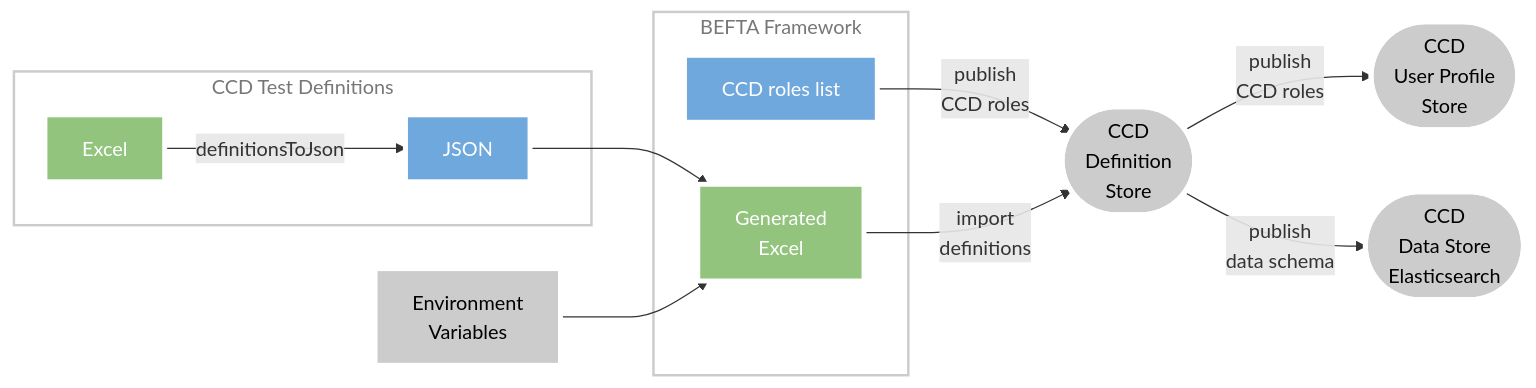
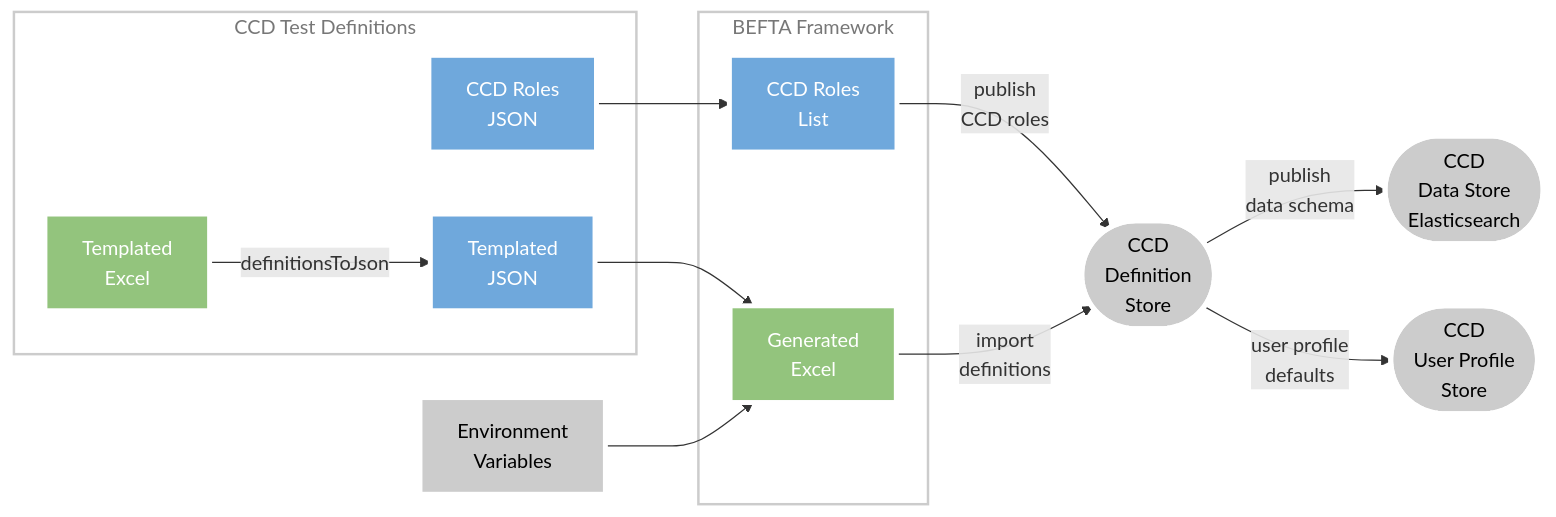
Before and after one commit to hmcts/ccd-test-definitions: the diagram in README.md, drawn with Mermaid. The commit also changed other lines of this file, not shown here.

Commit message:
Update README
Adjust diagram of BEFTA's definition file generate and import process:
* add `ccd-roles.json` and document usage.
* correct user profile service call description.

````diff
--- a/README.md
+++ b/README.md
@@ -27,30 +27,32 @@
 ```mermaid
 graph LR
   env-var[Environment<br>Variables];
   def-store([CCD<BR>Definition<BR>Store]);
+  elasticsearch([CCD<BR>Data Store<BR>Elasticsearch]);
   user-profile-store([CCD<BR>User Profile<BR>Store]);
-  elasticsearch([CCD<BR>Data Store<BR>Elasticsearch]);
+  ccd-roles-json-->ccd-roles-list;
   json-->excel-generated;
   env-var-->excel-generated;
   ccd-roles-list-->|publish<BR>CCD roles|def-store;
   excel-generated-->|import<BR>definitions|def-store;
-  def-store-->|publish<BR>CCD roles|user-profile-store;
   def-store-->|publish<BR>data schema|elasticsearch;
+  def-store-->|user profile<BR>defaults|user-profile-store;
   subgraph test-definitions[CCD Test Definitions]
-    excel[Excel];
-    json[JSON];
+    ccd-roles-json[CCD Roles<BR>JSON];
+    excel[Templated<BR>Excel];
+    json[Templated<BR>JSON];
     excel-->|definitionsToJson|json;
   end
   subgraph befta-fw[BEFTA Framework]
-    ccd-roles-list[CCD roles list];
-    excel-generated[Generated<br>Excel];
+    ccd-roles-list[CCD Roles<BR>List];
+    excel-generated[Generated<BR>Excel];
   end
   classDef plain fill:#ccc,stroke:#fff,stroke-width:4px,color:#000;
   classDef excel fill:#93c47d,stroke:#fff,stroke-width:4px,color:#fff;
   classDef json fill:#6fa8dc,stroke:#fff,stroke-width:4px,color:#fff;
   classDef library fill:#fff,stroke:#ccc,stroke-width:2px,color:#777;
   class def-store,user-profile-store,elasticsearch,env-var plain;
   class excel,excel-generated excel;
-  class json,ccd-roles-list json;
+  class json,ccd-roles-json,ccd-roles-list json;
   class test-definitions,functional-test,befta-fw library;
 ```
````
